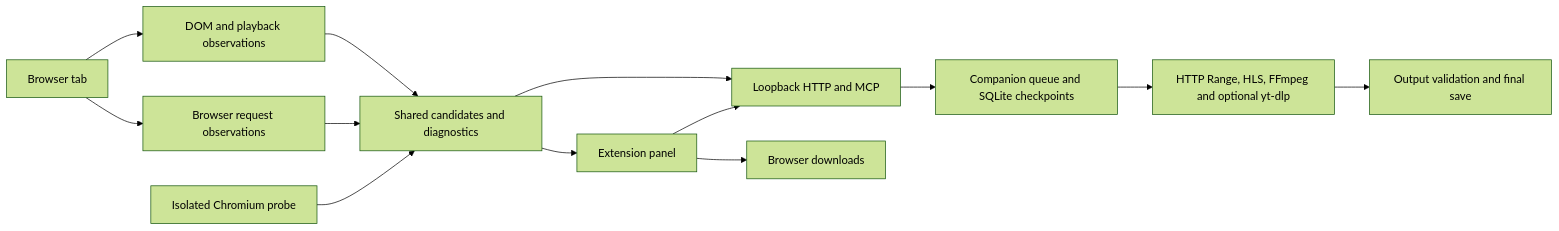
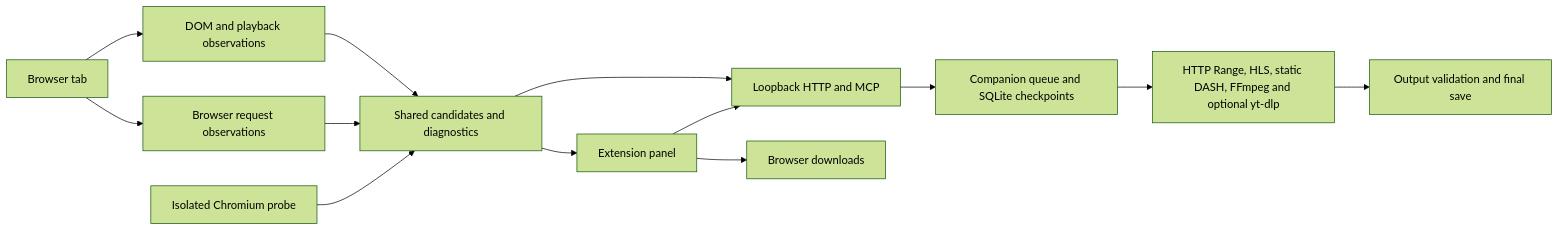
The diagram in docs/architecture.md (KaiserIIII/videosave), drawn with Mermaid (forest theme) before and after one commit. The commit also changed other lines of this file and 46 other files, not shown here.

Commit message:
Prepare VideoSave 1.0 candidate with scoped CDN and static DASH downloads

````diff
--- a/docs/architecture.md
+++ b/docs/architecture.md
@@ -3,15 +3,15 @@
 ```mermaid
 flowchart LR
   Tab[Browser tab] --> DOM[DOM and playback observations]
   Tab --> Net[Browser request observations]
   DOM --> Detect[Shared candidates and diagnostics]
   Net --> Detect
   CDP[Isolated Chromium probe] --> Detect
   Detect --> Popup[Extension panel]
   Detect --> API[Loopback HTTP and MCP]
   Popup --> Browser[Browser downloads]
   Popup --> API
   API --> Queue[Companion queue and SQLite checkpoints]
-  Queue --> Transfer[HTTP Range, HLS, FFmpeg and optional yt-dlp]
+  Queue --> Transfer[HTTP Range, HLS, static DASH, FFmpeg and optional yt-dlp]
   Transfer --> Verify[Output validation and final save]
 ```
````
